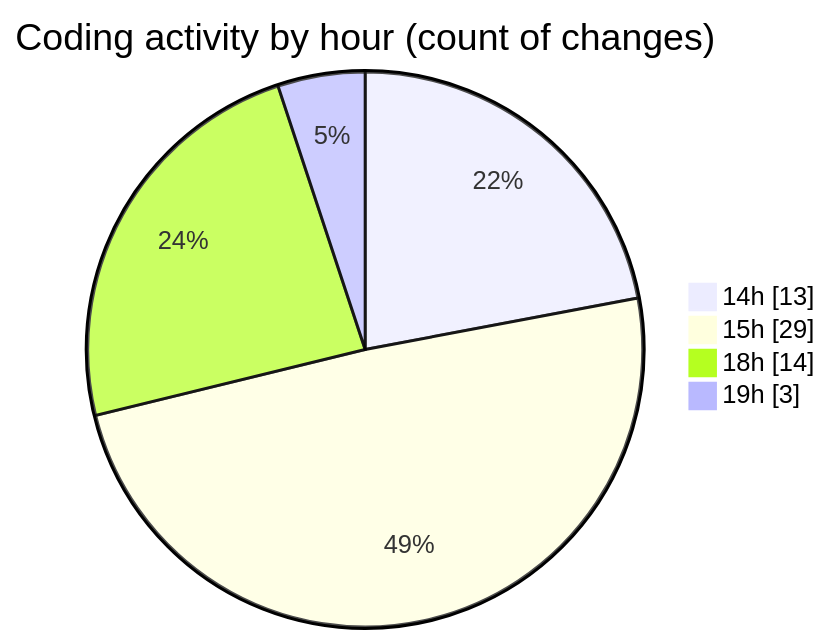
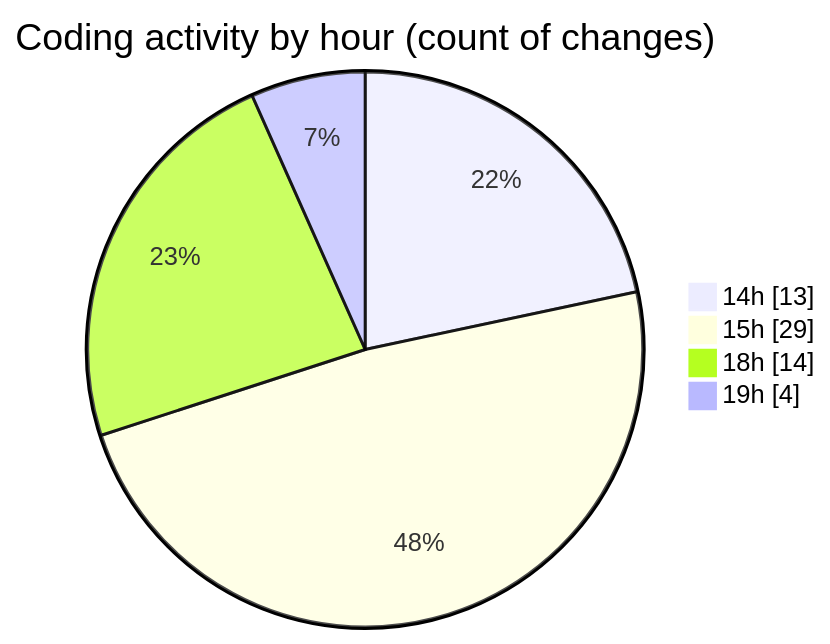
Before and after one commit to Ritupan-Deka/code-tracking: the second of 2 diagrams in 2025-06-23/scopecraft/README.md, drawn with Mermaid. The commit also changed other lines of this file and 1 other file, not shown here.

````diff
--- a/2025-06-23/scopecraft/README.md
+++ b/2025-06-23/scopecraft/README.md
@@ -48,8 +48,8 @@
 ```mermaid
 pie showData
 title Coding activity by hour (count of changes)
 "14h" : 13
 "15h" : 29
 "18h" : 14
-"19h" : 3
+"19h" : 4
 ```
````
